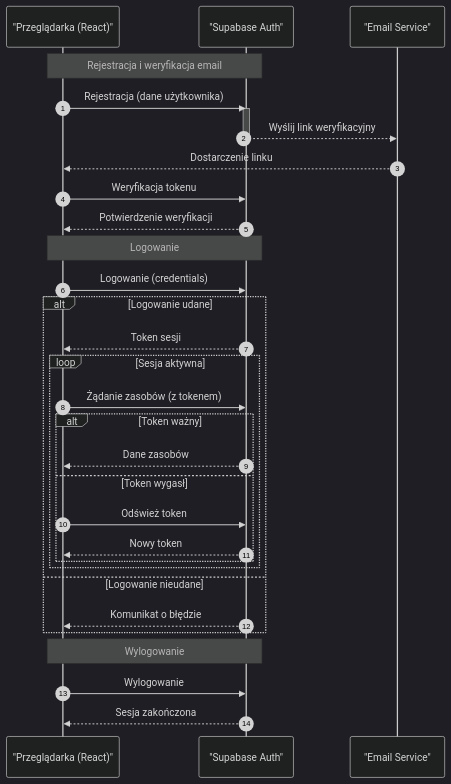
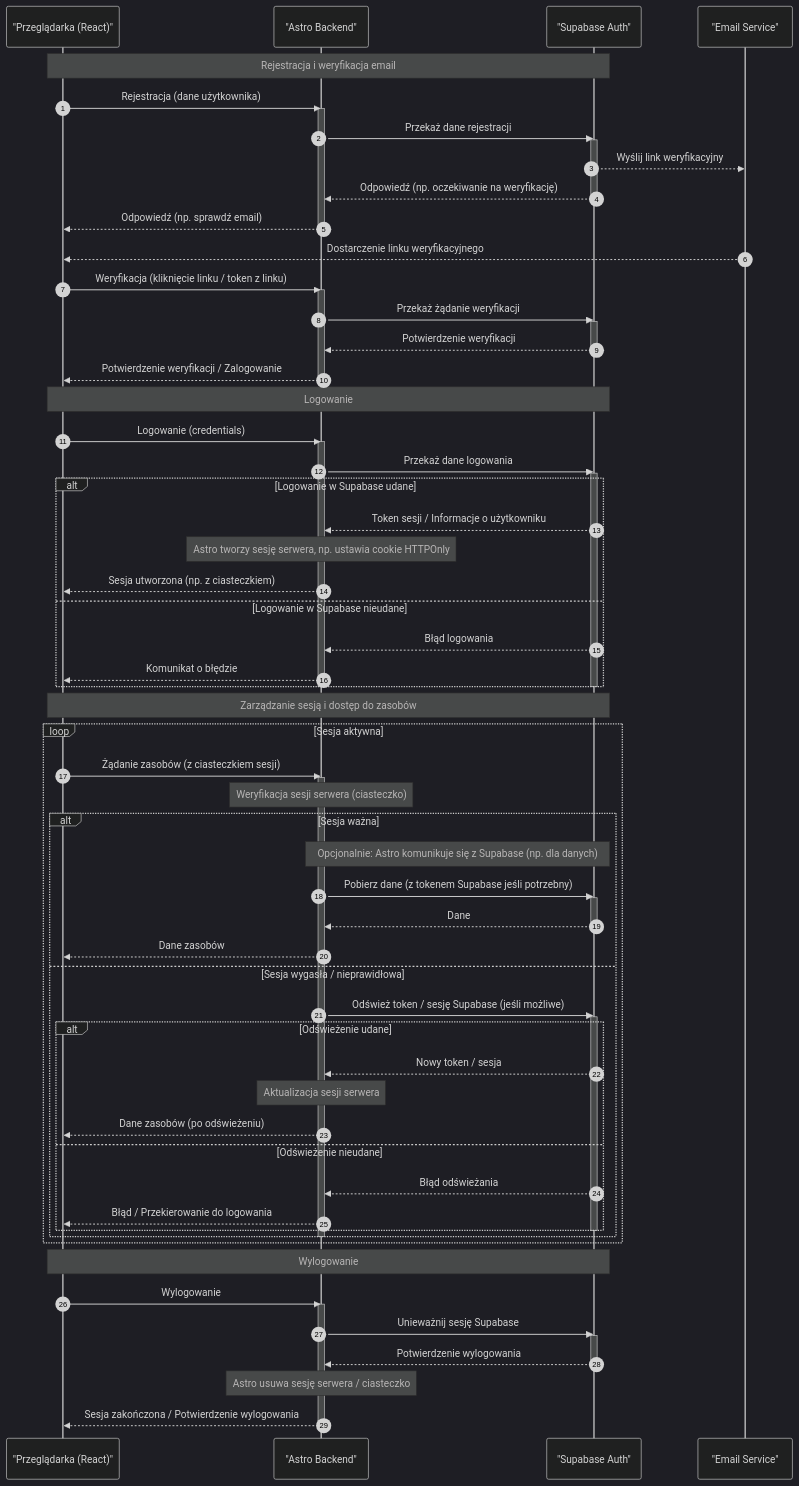
Before and after one commit to lukaszTyczka/LearnFlowAI: the diagram in .ai/diagrams/auth.md, drawn with Mermaid (dark theme). The commit also changed other lines of this file and 1 other file, not shown here.

Commit message:
chore: Update technology stack documentation and authentication flow diagrams to reflect integration of Astro as the backend framework, enhancing clarity on user interactions and session management

````diff
--- a/.ai/diagrams/auth.md
+++ b/.ai/diagrams/auth.md
@@ -17,36 +18,83 @@
 sequenceDiagram
 autonumber
 participant Browser as "Przeglądarka (React)"
+participant Astro as "Astro Backend"
 participant Supabase as "Supabase Auth"
 participant Email as "Email Service"
 
 Note over Browser,Supabase: Rejestracja i weryfikacja email
-Browser->>Supabase: Rejestracja (dane użytkownika)
+Browser->>Astro: Rejestracja (dane użytkownika)
+activate Astro
+Astro->>Supabase: Przekaż dane rejestracji
 activate Supabase
 Supabase-->>Email: Wyślij link weryfikacyjny
+Supabase-->>Astro: Odpowiedź (np. oczekiwanie na weryfikację)
 deactivate Supabase
-Email-->>Browser: Dostarczenie linku
-Browser->>Supabase: Weryfikacja tokenu
-Supabase-->>Browser: Potwierdzenie weryfikacji
+Astro-->>Browser: Odpowiedź (np. sprawdź email)
+deactivate Astro
+
+Email-->>Browser: Dostarczenie linku weryfikacyjnego
+Browser->>Astro: Weryfikacja (kliknięcie linku / token z linku)
+activate Astro
+Astro->>Supabase: Przekaż żądanie weryfikacji
+activate Supabase
+Supabase-->>Astro: Potwierdzenie weryfikacji
+deactivate Supabase
+Astro-->>Browser: Potwierdzenie weryfikacji / Zalogowanie
+deactivate Astro
 
 Note over Browser,Supabase: Logowanie
-Browser->>Supabase: Logowanie (credentials)
-alt Logowanie udane
-    Supabase-->>Browser: Token sesji
-    loop Sesja aktywna
-        Browser->>Supabase: Żądanie zasobów (z tokenem)
-        alt Token ważny
-            Supabase-->>Browser: Dane zasobów
-        else Token wygasł
-            Browser->>Supabase: Odśwież token
-            Supabase-->>Browser: Nowy token
+Browser->>Astro: Logowanie (credentials)
+activate Astro
+Astro->>Supabase: Przekaż dane logowania
+activate Supabase
+alt Logowanie w Supabase udane
+    Supabase-->>Astro: Token sesji / Informacje o użytkowniku
+    Note over Astro: Astro tworzy sesję serwera, np. ustawia cookie HTTPOnly
+    Astro-->>Browser: Sesja utworzona (np. z ciasteczkiem)
+else Logowanie w Supabase nieudane
+    Supabase-->>Astro: Błąd logowania
+    Astro-->>Browser: Komunikat o błędzie
+end
+deactivate Supabase
+deactivate Astro
+
+Note over Browser,Supabase: Zarządzanie sesją i dostęp do zasobów
+loop Sesja aktywna
+    Browser->>Astro: Żądanie zasobów (z ciasteczkiem sesji)
+    activate Astro
+    Note over Astro: Weryfikacja sesji serwera (ciasteczko)
+    alt Sesja ważna
+        Note over Astro,Supabase: Opcjonalnie: Astro komunikuje się z Supabase (np. dla danych)
+        Astro->>Supabase: Pobierz dane (z tokenem Supabase jeśli potrzebny)
+        activate Supabase
+        Supabase-->>Astro: Dane
+        deactivate Supabase
+        Astro-->>Browser: Dane zasobów
+    else Sesja wygasła / nieprawidłowa
+        Astro->>Supabase: Odśwież token / sesję Supabase (jeśli możliwe)
+        activate Supabase
+        alt Odświeżenie udane
+            Supabase-->>Astro: Nowy token / sesja
+            Note over Astro: Aktualizacja sesji serwera
+            Astro-->>Browser: Dane zasobów (po odświeżeniu)
+        else Odświeżenie nieudane
+            Supabase-->>Astro: Błąd odświeżania
+            Astro-->>Browser: Błąd / Przekierowanie do logowania
         end
+        deactivate Supabase
     end
-else Logowanie nieudane
-    Supabase-->>Browser: Komunikat o błędzie
+    deactivate Astro
 end
 
 Note over Browser,Supabase: Wylogowanie
-Browser->>Supabase: Wylogowanie
-Supabase-->>Browser: Sesja zakończona
+Browser->>Astro: Wylogowanie
+activate Astro
+Astro->>Supabase: Unieważnij sesję Supabase
+activate Supabase
+Supabase-->>Astro: Potwierdzenie wylogowania
+deactivate Supabase
+Note over Astro: Astro usuwa sesję serwera / ciasteczko
+Astro-->>Browser: Sesja zakończona / Potwierdzenie wylogowania
+deactivate Astro
 ```
````
